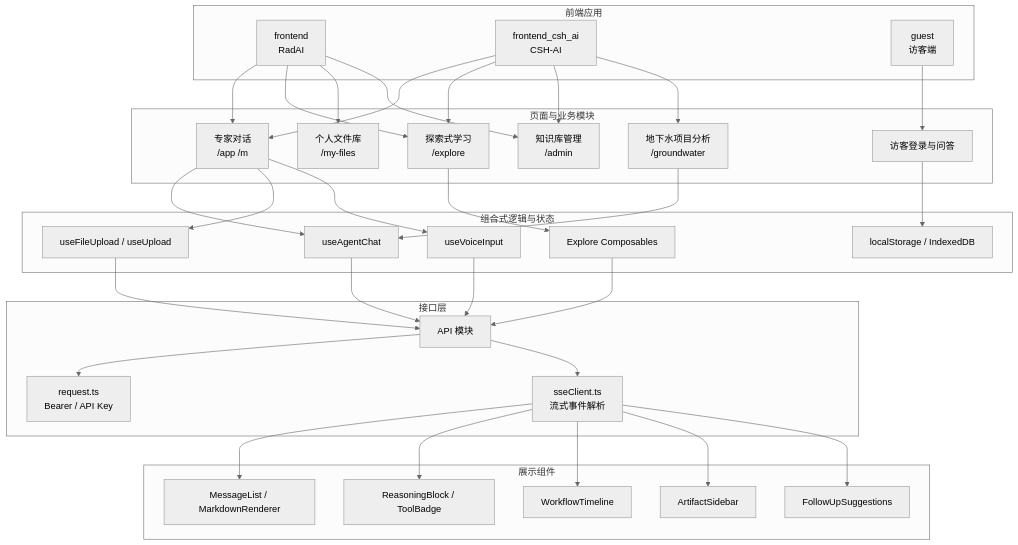
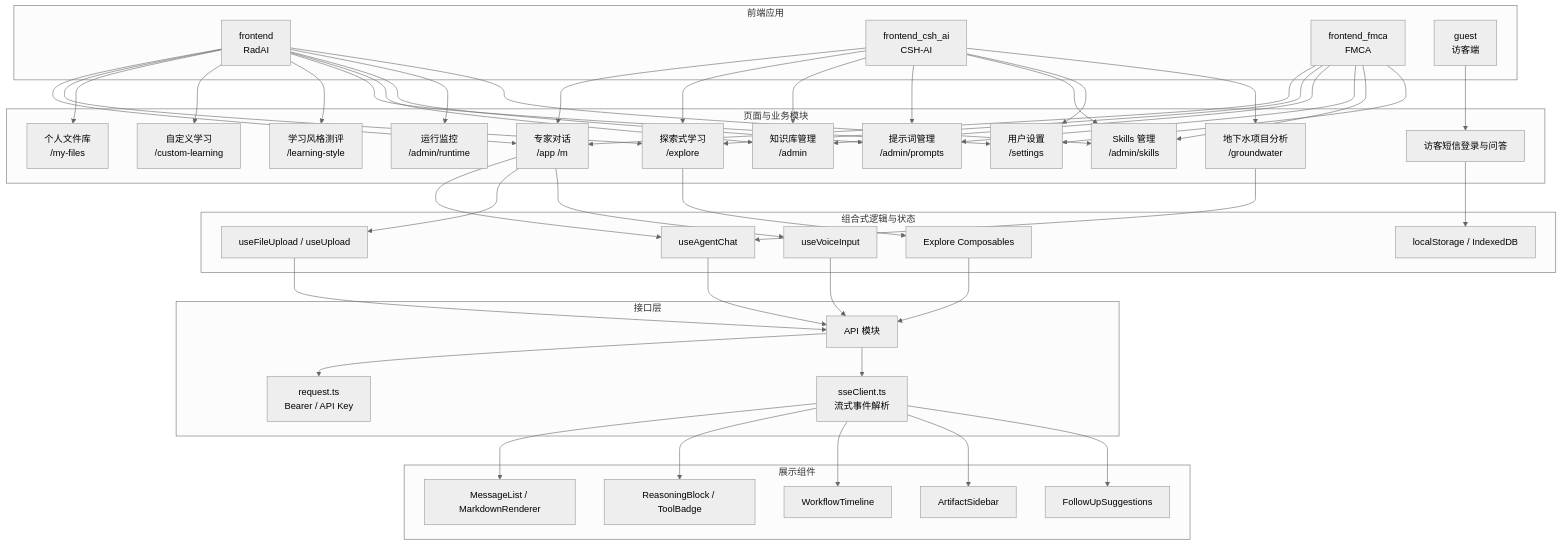
One commit to simpleqt/radai changed the fifth of 11 diagrams in docs/项目介绍与系统架构.md. Above: the diagram before and after it, drawn with Mermaid (neutral theme). The commit also changed other lines of this file and 1822 other files, not shown here.

```diff
--- a/docs/项目介绍与系统架构.md
+++ b/docs/项目介绍与系统架构.md
@@ -295,6 +313,7 @@
     subgraph APPS["前端应用"]
         NE["frontend<br/>RadAI"]
         CSH["frontend_csh_ai<br/>CSH-AI"]
+        FMCA["frontend_fmca<br/>FMCA"]
         GUEST["guest<br/>访客端"]
     end
 
@@ -302,9 +321,15 @@
         CHAT["专家对话<br/>/app /m"]
         EXPLORE["探索式学习<br/>/explore"]
         FILES["个人文件库<br/>/my-files"]
+        CUSTOM["自定义学习<br/>/custom-learning"]
+        STYLE["学习风格测评<br/>/learning-style"]
+        SETTINGS["用户设置<br/>/settings"]
         ADMIN["知识库管理<br/>/admin"]
+        PROMPT_ADMIN["提示词管理<br/>/admin/prompts"]
+        RUNTIME_ADMIN["运行监控<br/>/admin/runtime"]
+        SKILL_ADMIN["Skills 管理<br/>/admin/skills"]
         GW["地下水项目分析<br/>/groundwater"]
-        GUEST_CHAT["访客登录与问答"]
+        GUEST_CHAT["访客短信登录与问答"]
     end
 
     subgraph STATE["组合式逻辑与状态"]
@@ -332,11 +357,26 @@
     NE --> CHAT
     NE --> EXPLORE
     NE --> FILES
+    NE --> CUSTOM
+    NE --> STYLE
+    NE --> SETTINGS
     NE --> ADMIN
+    NE --> PROMPT_ADMIN
+    NE --> RUNTIME_ADMIN
+    NE --> SKILL_ADMIN
     CSH --> CHAT
     CSH --> EXPLORE
     CSH --> ADMIN
+    CSH --> PROMPT_ADMIN
+    CSH --> SKILL_ADMIN
+    CSH --> SETTINGS
     CSH --> GW
+    FMCA --> CHAT
+    FMCA --> EXPLORE
+    FMCA --> ADMIN
+    FMCA --> PROMPT_ADMIN
+    FMCA --> SKILL_ADMIN
+    FMCA --> SETTINGS
     GUEST --> GUEST_CHAT
 
     CHAT --> AGENT_CHAT
```
